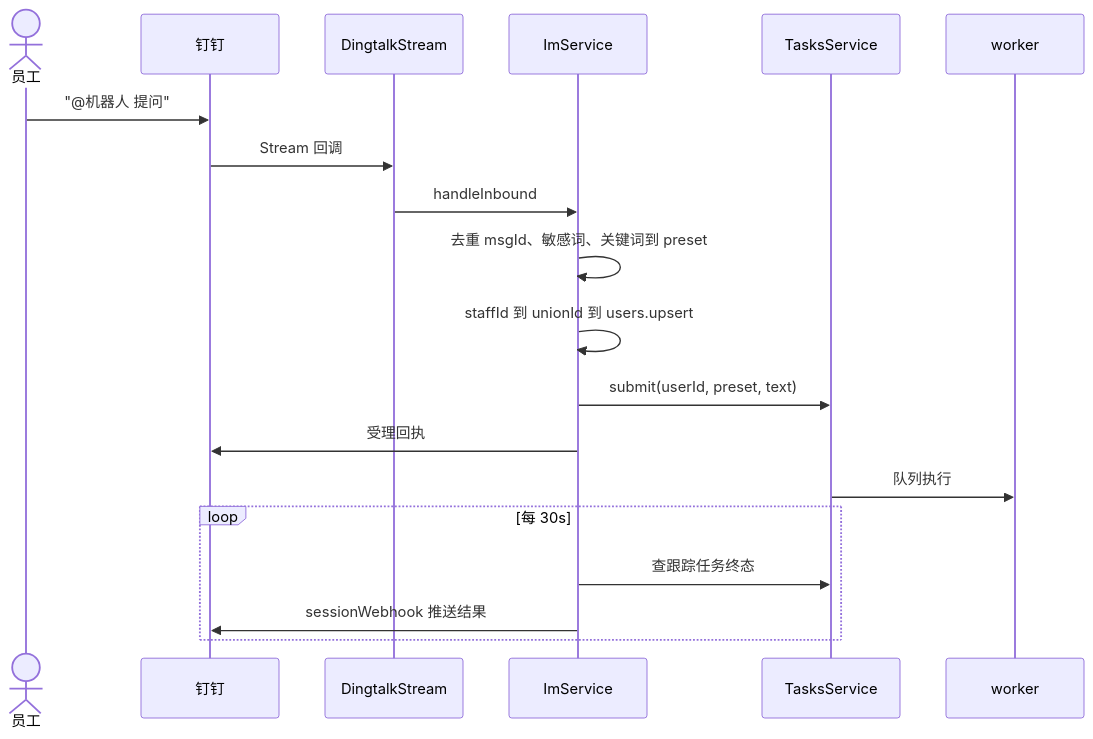
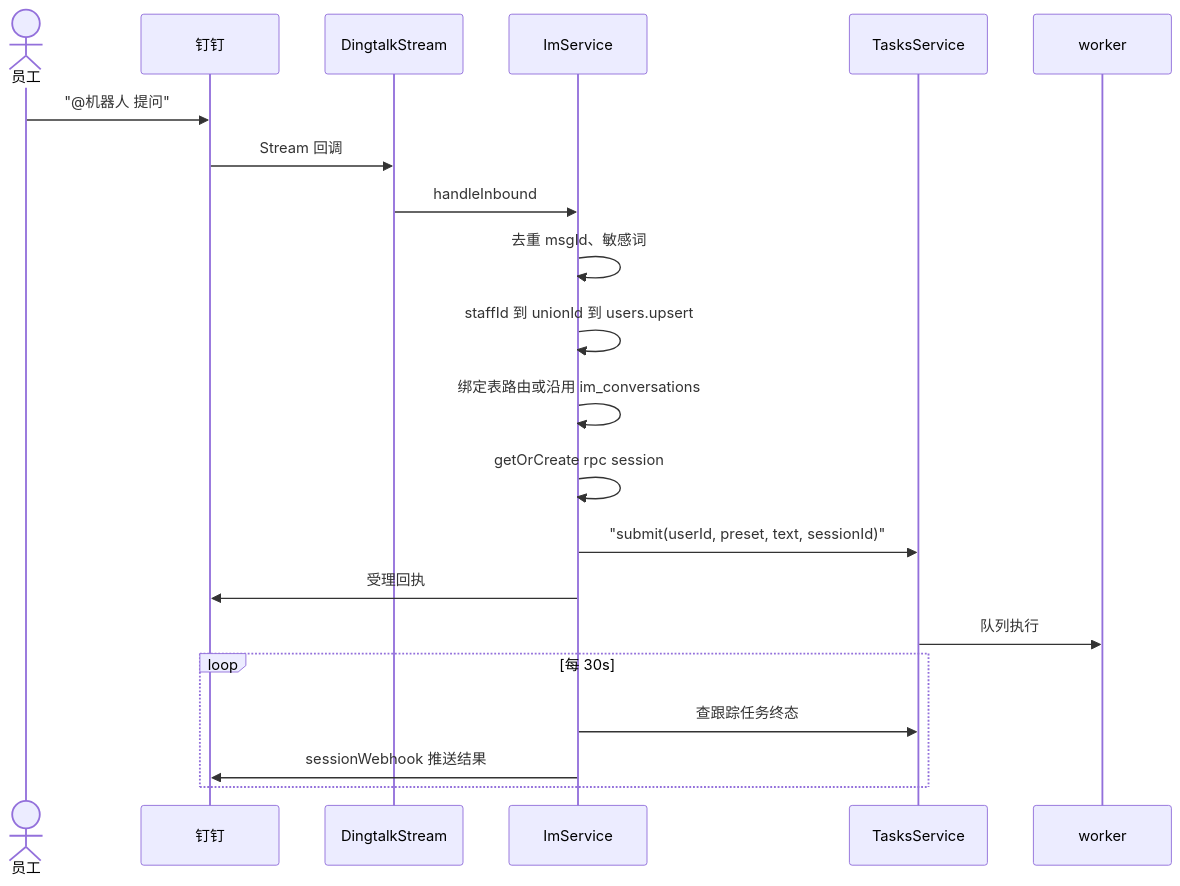
One commit to jackyqj/ai-agent-platform changed the sixth of 12 diagrams in docs/system-arch42.md. Above: the diagram before and after it, drawn with Mermaid. The commit also changed other lines of this file and 22 other files, not shown here.

````diff
--- a/docs/system-arch42.md
+++ b/docs/system-arch42.md
@@ -428,22 +430,24 @@
 ```mermaid
 sequenceDiagram
   actor U as 员工
   participant DT as 钉钉
   participant ST as DingtalkStream
   participant IM as ImService
   participant CP as TasksService
   participant W as worker
 
   U->>DT: "@机器人 提问"
   DT->>ST: Stream 回调
   ST->>IM: handleInbound
-  IM->>IM: 去重 msgId、敏感词、关键词到 preset
+  IM->>IM: 去重 msgId、敏感词
   IM->>IM: staffId 到 unionId 到 users.upsert
-  IM->>CP: submit(userId, preset, text)
+  IM->>IM: 绑定表路由或沿用 im_conversations
+  IM->>IM: getOrCreate rpc session
+  IM->>CP: "submit(userId, preset, text, sessionId)"
   IM->>DT: 受理回执
   CP->>W: 队列执行
   loop 每 30s
     IM->>CP: 查跟踪任务终态
     IM->>DT: sessionWebhook 推送结果
   end
 ```
````
